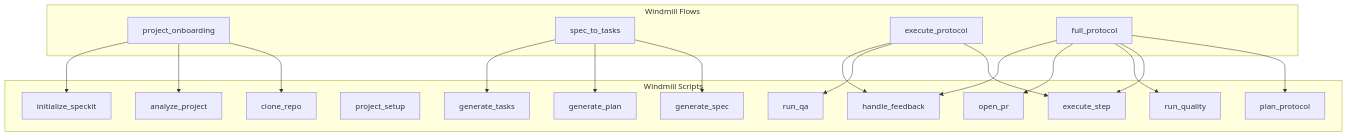
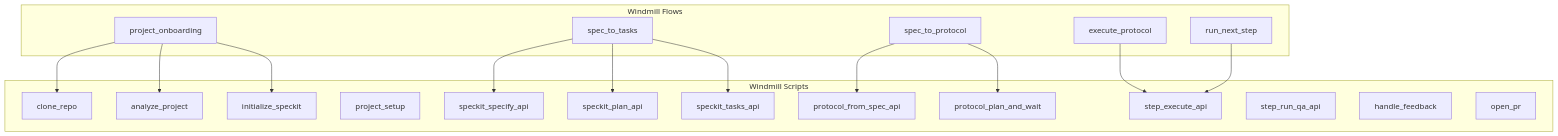
The diagram in docs/DevGodzilla/WINDMILL-WORKFLOWS.md (SergeySdv/dev-pipeline), drawn with Mermaid before and after one commit. The commit also changed other lines of this file and 123 other files, not shown here.

````diff
--- a/docs/DevGodzilla/WINDMILL-WORKFLOWS.md
+++ b/docs/DevGodzilla/WINDMILL-WORKFLOWS.md
@@ -13,37 +13,34 @@
 ```mermaid
 graph TB
     subgraph Flows["Windmill Flows"]
         OnboardFlow[project_onboarding]
         SpecFlow[spec_to_tasks]
+        SpecProtoFlow[spec_to_protocol]
         ExecFlow[execute_protocol]
-        FullFlow[full_protocol]
+        NextStep[run_next_step]
     end
     
     subgraph Scripts["Windmill Scripts"]
         Clone[clone_repo]
         Analyze[analyze_project]
         Init[initialize_speckit]
         Setup[project_setup]
         
-        GenSpec[generate_spec]
-        GenPlan[generate_plan]
-        GenTasks[generate_tasks]
-        PlanProto[plan_protocol]
-        
-        ExecStep[execute_step]
-        RunQA[run_qa]
-        RunQuality[run_quality]
+        SpeckitSpec[speckit_specify_api]
+        SpeckitPlan[speckit_plan_api]
+        SpeckitTasks[speckit_tasks_api]
+        ProtoFromSpec[protocol_from_spec_api]
+        ProtoStart[protocol_plan_and_wait]
+
+        ExecStep[step_execute_api]
+        StepQA[step_run_qa_api]
         Feedback[handle_feedback]
         OpenPR[open_pr]
     end
     
     OnboardFlow --> Clone & Analyze & Init
-    SpecFlow --> GenSpec & GenPlan & GenTasks
-    ExecFlow --> ExecStep & RunQA & Feedback
-    
-    FullFlow --> PlanProto
-    FullFlow --> ExecStep
-    FullFlow --> RunQuality
-    FullFlow --> OpenPR
-    FullFlow --> Feedback
+    SpecFlow --> SpeckitSpec & SpeckitPlan & SpeckitTasks
+    SpecProtoFlow --> ProtoFromSpec & ProtoStart
+    ExecFlow --> ExecStep
+    NextStep --> ExecStep
 ```
````
